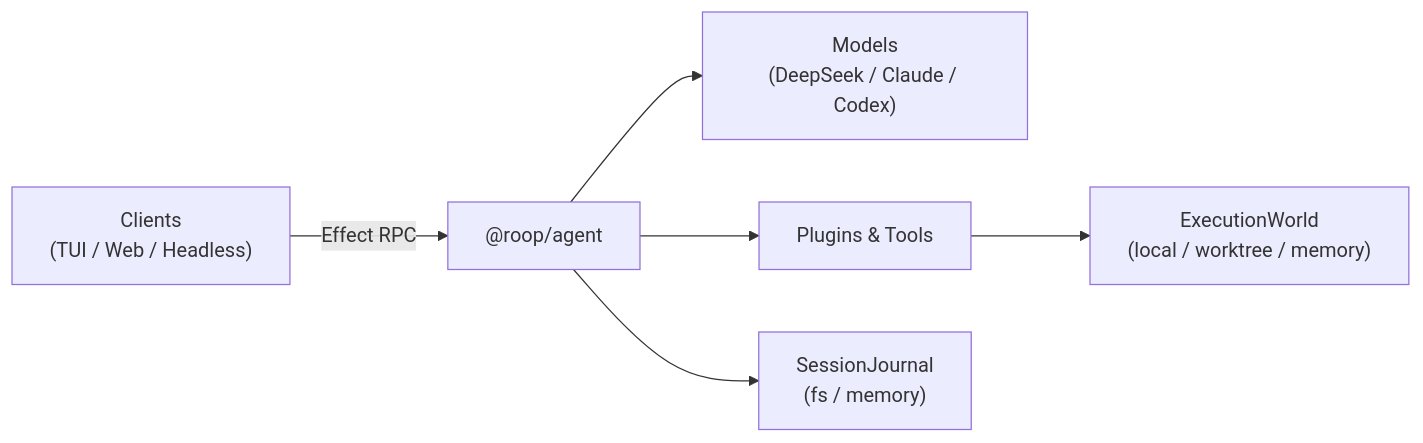
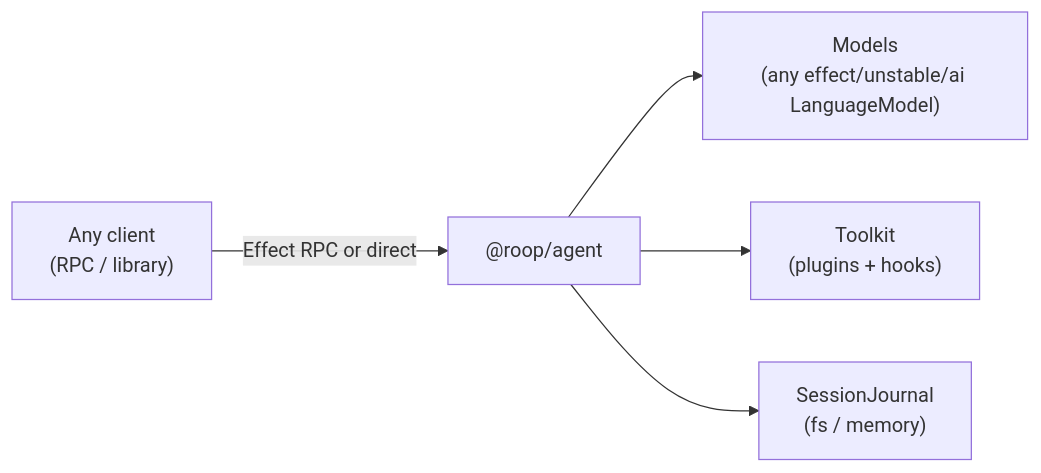
The diagram in README.md (saiashirwad/roop), drawn with Mermaid before and after one commit. The commit also changed other lines of this file and 85 other files, not shown here.

````diff
--- a/README.md
+++ b/README.md
@@ -50,8 +34,7 @@
 ```mermaid
 flowchart LR
-    Client["Clients\n(TUI / Web / Headless)"] -->|Effect RPC| Agent["@roop/agent"]
-    Agent --> Models["Models\n(DeepSeek / Claude / Codex)"]
-    Agent --> Plugins["Plugins & Tools"]
+    Client["Any client\n(RPC / library)"] -->|Effect RPC or direct| Agent["@roop/agent"]
+    Agent --> Models["Models\n(any effect/unstable/ai LanguageModel)"]
+    Agent --> Tools["Toolkit\n(plugins + hooks)"]
     Agent --> Store["SessionJournal\n(fs / memory)"]
-    Plugins --> World["ExecutionWorld\n(local / worktree / memory)"]
 ```
````
